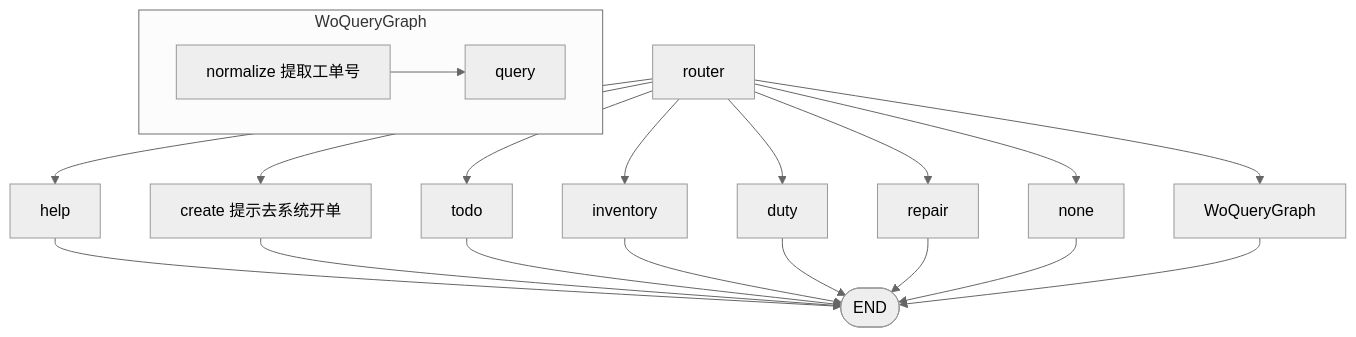
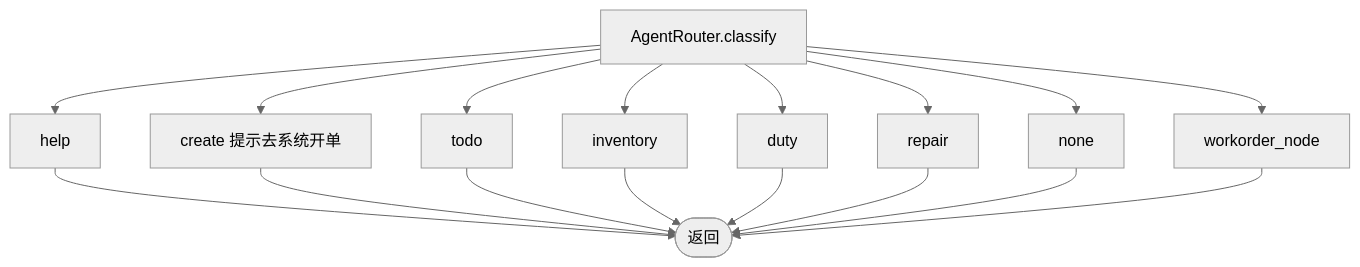
One commit to SHUN-EI/Car-Repair-System changed the ninth of 10 diagrams in docs/ARCHITECTURE.md. Above: the diagram before and after it, drawn with Mermaid (neutral theme). The commit also changed other lines of this file and 15 other files, not shown here.

Commit message:
修改langgraph图

````diff
--- a/docs/ARCHITECTURE.md
+++ b/docs/ARCHITECTURE.md
@@ -642,22 +644,19 @@
 ```mermaid
 flowchart TD
-    R[router] --> H[help]
+    R[AgentRouter.classify] --> H[help]
     R --> C[create 提示去系统开单]
     R --> T[todo]
     R --> I[inventory]
     R --> D[duty]
     R --> P[repair]
     R --> N[none]
-    R --> W[WoQueryGraph]
-    H --> END([END])
+    R --> W[workorder_node]
+    H --> END([返回])
     C --> END
     T --> END
     I --> END
     D --> END
     P --> END
     N --> END
     W --> END
-    subgraph wo [WoQueryGraph]
-        WN[normalize 提取工单号] --> WQ[query]
-    end
 ```
````
